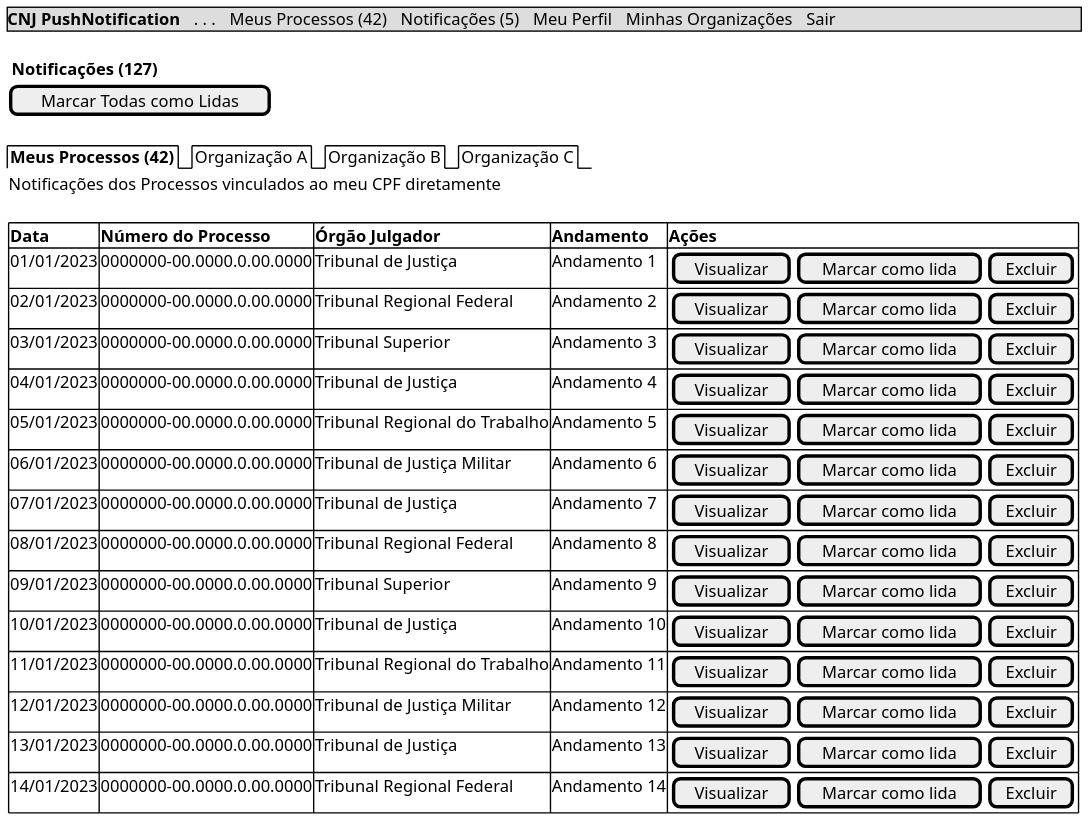
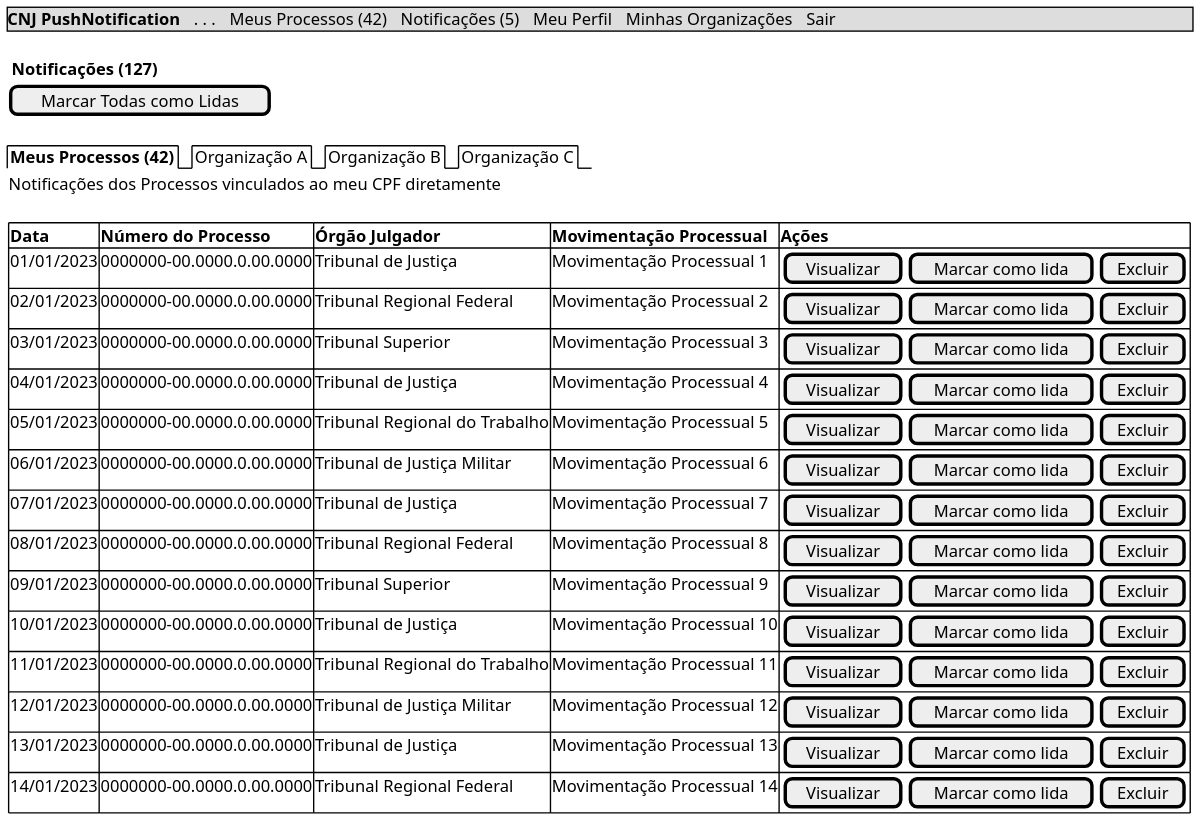
The diagram in docs/wireframes/lista_notificacoes.pu (HelderVieira/cnj_push_notfication), drawn with PlantUML before and after one commit. The commit also changed 1 other file, not shown here.

```diff
--- a/docs/wireframes/lista_notificacoes.pu
+++ b/docs/wireframes/lista_notificacoes.pu
@@ -1,37 +1,37 @@
 @startsalt Lista de Notificações
 skinparam dpi 200
 
 {
     {* <b>CNJ PushNotification | . . . | Meus Processos (42) | Notificações (5) | Meu Perfil | Minhas Organizações | Sair }
 
     .
     <b> Notificações (127) 
     [Marcar Todas como Lidas]
     .
 
     {/ <b>Meus Processos (42) | Organização A | Organização B | Organização C}
     {
     Notificações dos Processos vinculados ao meu CPF diretamente
     .
         {#
-        <b>Data | <b>Número do Processo | <b>Órgão Julgador | <b>Andamento | <b>Ações
-        01/01/2023 | 0000000-00.0000.0.00.0000 | Tribunal de Justiça | Andamento 1 | {[Visualizar]|[Marcar como lida]|[Excluir]}
-        02/01/2023 | 0000000-00.0000.0.00.0000 | Tribunal Regional Federal | Andamento 2 | {[Visualizar]|[Marcar como lida]|[Excluir]}
-        03/01/2023 | 0000000-00.0000.0.00.0000 | Tribunal Superior | Andamento 3 | {[Visualizar]|[Marcar como lida]|[Excluir]}
-        04/01/2023 | 0000000-00.0000.0.00.0000 | Tribunal de Justiça | Andamento 4 | {[Visualizar]|[Marcar como lida]|[Excluir]}
-        05/01/2023 | 0000000-00.0000.0.00.0000 | Tribunal Regional do Trabalho | Andamento 5 | {[Visualizar]|[Marcar como lida]|[Excluir]}
-        06/01/2023 | 0000000-00.0000.0.00.0000 | Tribunal de Justiça Militar | Andamento 6 | {[Visualizar]|[Marcar como lida]|[Excluir]}
-        07/01/2023 | 0000000-00.0000.0.00.0000 | Tribunal de Justiça | Andamento 7 | {[Visualizar]|[Marcar como lida]|[Excluir]}
-        08/01/2023 | 0000000-00.0000.0.00.0000 | Tribunal Regional Federal | Andamento 8 | {[Visualizar]|[Marcar como lida]|[Excluir]}
-        09/01/2023 | 0000000-00.0000.0.00.0000 | Tribunal Superior | Andamento 9 | {[Visualizar]|[Marcar como lida]|[Excluir]}
-        10/01/2023 | 0000000-00.0000.0.00.0000 | Tribunal de Justiça | Andamento 10 | {[Visualizar]|[Marcar como lida]|[Excluir]}
-        11/01/2023 | 0000000-00.0000.0.00.0000 | Tribunal Regional do Trabalho | Andamento 11 | {[Visualizar]|[Marcar como lida]|[Excluir]}
-        12/01/2023 | 0000000-00.0000.0.00.0000 | Tribunal de Justiça Militar | Andamento 12 | {[Visualizar]|[Marcar como lida]|[Excluir]}
-        13/01/2023 | 0000000-00.0000.0.00.0000 | Tribunal de Justiça | Andamento 13 | {[Visualizar]|[Marcar como lida]|[Excluir]}
-        14/01/2023 | 0000000-00.0000.0.00.0000 | Tribunal Regional Federal | Andamento 14 | {[Visualizar]|[Marcar como lida]|[Excluir]}
+        <b>Data | <b>Número do Processo | <b>Órgão Julgador | <b>Movimentação Processual | <b>Ações
+        01/01/2023 | 0000000-00.0000.0.00.0000 | Tribunal de Justiça | Movimentação Processual 1 | {[Visualizar]|[Marcar como lida]|[Excluir]}
+        02/01/2023 | 0000000-00.0000.0.00.0000 | Tribunal Regional Federal | Movimentação Processual 2 | {[Visualizar]|[Marcar como lida]|[Excluir]}
+        03/01/2023 | 0000000-00.0000.0.00.0000 | Tribunal Superior | Movimentação Processual 3 | {[Visualizar]|[Marcar como lida]|[Excluir]}
+        04/01/2023 | 0000000-00.0000.0.00.0000 | Tribunal de Justiça | Movimentação Processual 4 | {[Visualizar]|[Marcar como lida]|[Excluir]}
+        05/01/2023 | 0000000-00.0000.0.00.0000 | Tribunal Regional do Trabalho | Movimentação Processual 5 | {[Visualizar]|[Marcar como lida]|[Excluir]}
+        06/01/2023 | 0000000-00.0000.0.00.0000 | Tribunal de Justiça Militar | Movimentação Processual 6 | {[Visualizar]|[Marcar como lida]|[Excluir]}
+        07/01/2023 | 0000000-00.0000.0.00.0000 | Tribunal de Justiça | Movimentação Processual 7 | {[Visualizar]|[Marcar como lida]|[Excluir]}
+        08/01/2023 | 0000000-00.0000.0.00.0000 | Tribunal Regional Federal | Movimentação Processual 8 | {[Visualizar]|[Marcar como lida]|[Excluir]}
+        09/01/2023 | 0000000-00.0000.0.00.0000 | Tribunal Superior | Movimentação Processual 9 | {[Visualizar]|[Marcar como lida]|[Excluir]}
+        10/01/2023 | 0000000-00.0000.0.00.0000 | Tribunal de Justiça | Movimentação Processual 10 | {[Visualizar]|[Marcar como lida]|[Excluir]}
+        11/01/2023 | 0000000-00.0000.0.00.0000 | Tribunal Regional do Trabalho | Movimentação Processual 11 | {[Visualizar]|[Marcar como lida]|[Excluir]}
+        12/01/2023 | 0000000-00.0000.0.00.0000 | Tribunal de Justiça Militar | Movimentação Processual 12 | {[Visualizar]|[Marcar como lida]|[Excluir]}
+        13/01/2023 | 0000000-00.0000.0.00.0000 | Tribunal de Justiça | Movimentação Processual 13 | {[Visualizar]|[Marcar como lida]|[Excluir]}
+        14/01/2023 | 0000000-00.0000.0.00.0000 | Tribunal Regional Federal | Movimentação Processual 14 | {[Visualizar]|[Marcar como lida]|[Excluir]}
         
         }
     .
     }
 }
 @endsalt
```
